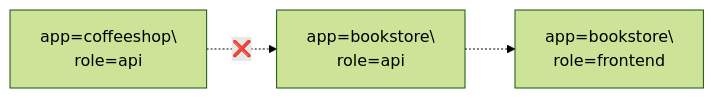
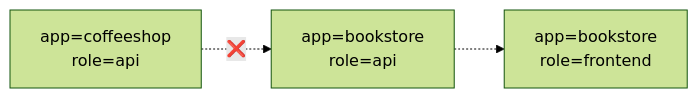
Before and after one commit to ralvares/openshift-security-framework: the second of 6 diagrams in docs/network-policies-intro.adoc, drawn with Mermaid (forest theme). The commit also changed other lines of this file and 7 other files, not shown here.

Commit message:
Add PNG diagram for Mermaid MD5 visualization

```diff
--- a/docs/network-policies-intro.adoc
+++ b/docs/network-policies-intro.adoc
@@ -169,9 +165,9 @@
 [mermaid]
 ----
 flowchart LR
-  Coffee[app=coffeeshop\\nrole=api]
-  BookAPI[app=bookstore\\nrole=api]
-  BookFE[app=bookstore\\nrole=frontend]
+  Coffee["app=coffeeshop<br>role=api"]
+  BookAPI["app=bookstore<br>role=api"]
+  BookFE["app=bookstore<br>role=frontend"]
   BookAPI -.-> BookFE
   Coffee -. ❌ .-> BookAPI
 ----
```
